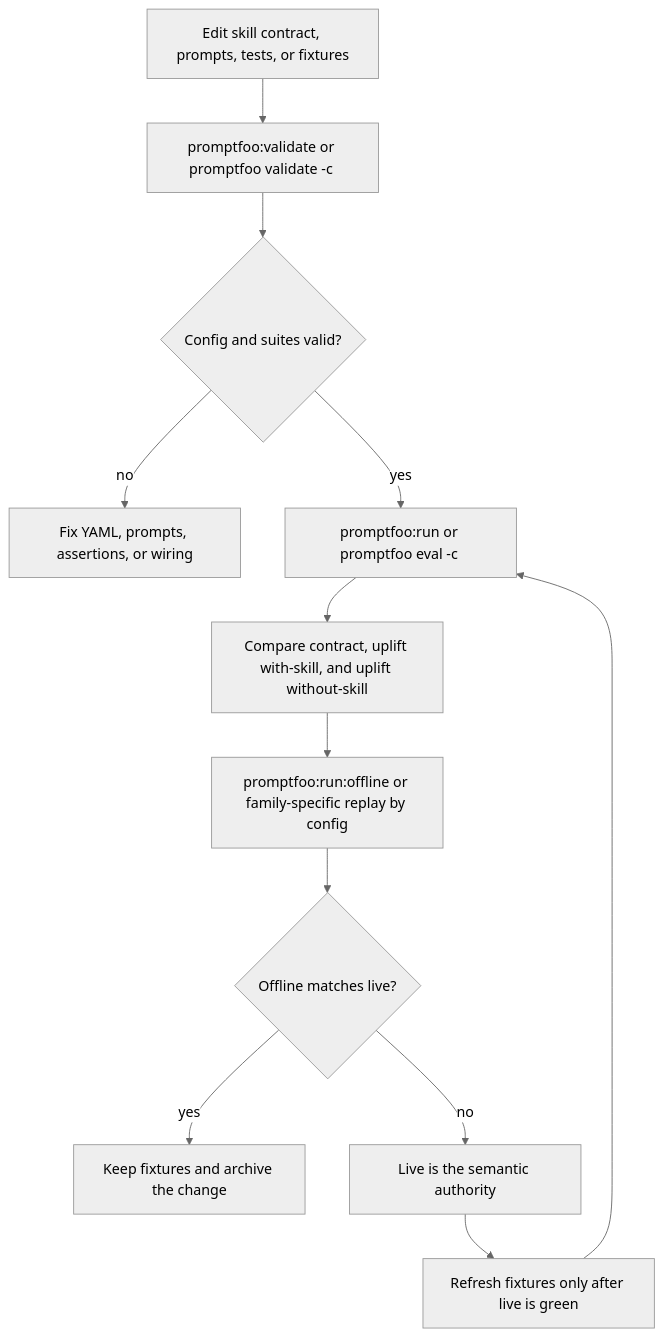
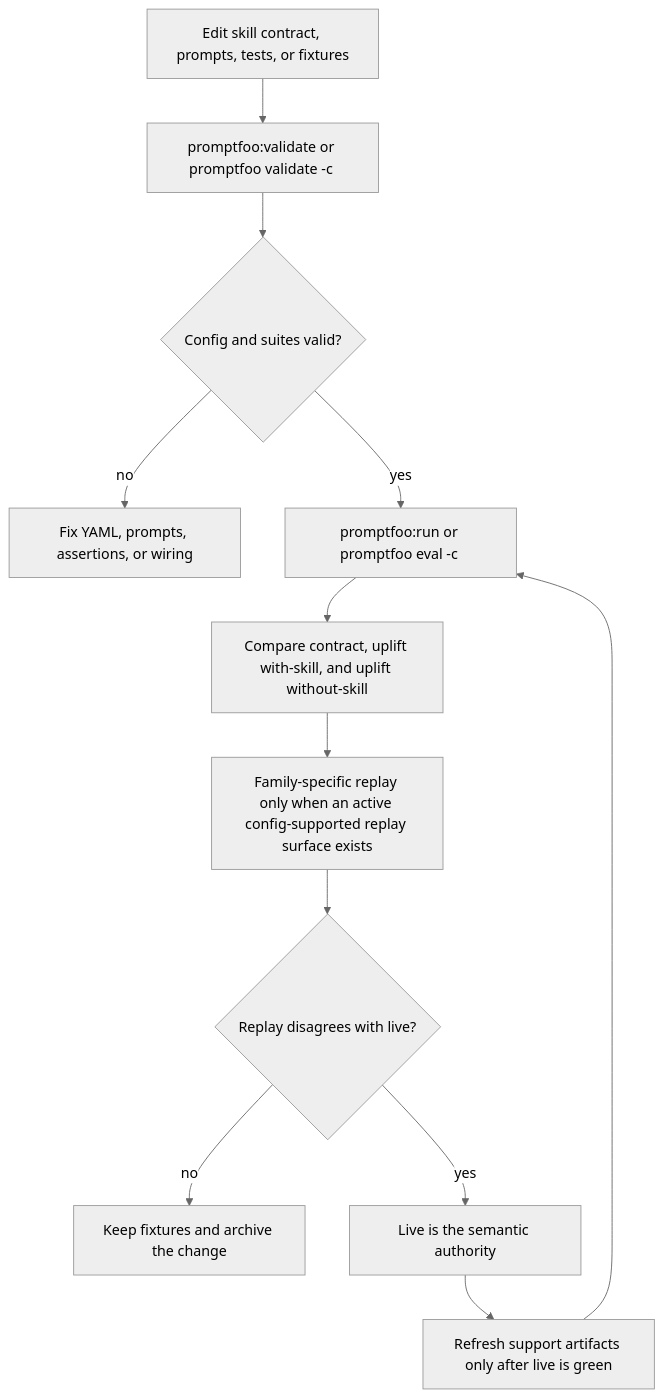
Before and after one commit to 1jnole/skills-catalog: the second of 2 diagrams in README.md, drawn with Mermaid (neutral theme). The commit also changed other lines of this file and 60 other files, not shown here.

Commit message:
Refine `skill-eval-forge` and Promptfoo suite guidance: tighten format rules, improve eval-authority clarity, remove offline replay references, focus `without_skill` baselines on skill impersonation, and simplify stop-and-ask assertions.

````diff
--- a/README.md
+++ b/README.md
@@ -221,14 +221,14 @@
 ```mermaid
 flowchart TD
   A[Edit skill contract, prompts, tests, or fixtures] --> B["promptfoo:validate or promptfoo validate -c <config>"]
   B --> C{Config and suites valid?}
   C -- no --> D[Fix YAML, prompts, assertions, or wiring]
   C -- yes --> E["promptfoo:run or promptfoo eval -c <config>"]
   E --> F[Compare contract, uplift with-skill, and uplift without-skill]
-  F --> G["promptfoo:run:offline or family-specific replay by config"]
-  G --> H{Offline matches live?}
-  H -- yes --> I[Keep fixtures and archive the change]
-  H -- no --> J[Live is the semantic authority]
-  J --> K[Refresh fixtures only after live is green]
+  F --> G["Family-specific replay only when an active config-supported replay surface exists"]
+  G --> H{Replay disagrees with live?}
+  H -- no --> I[Keep fixtures and archive the change]
+  H -- yes --> J[Live is the semantic authority]
+  J --> K[Refresh support artifacts only after live is green]
   K --> E
 ```
````
